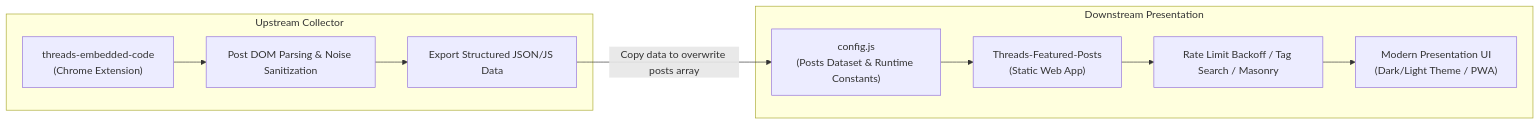
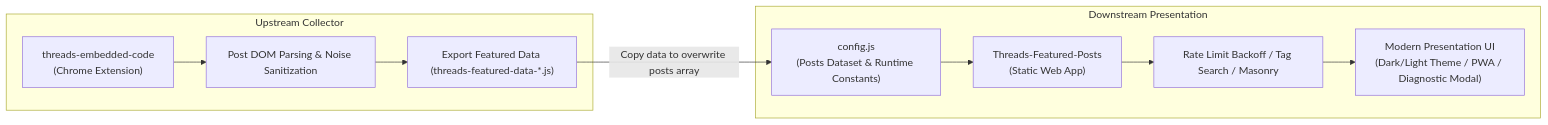
One commit to Scorpio-meow/Threads-Featured-Posts changed the first of 3 diagrams in README_EN.md. Above: the diagram before and after it, drawn with Mermaid. The commit also changed other lines of this file and 2 other files, not shown here.

````diff
--- a/README_EN.md
+++ b/README_EN.md
@@ -13,19 +93,19 @@
 ```mermaid
 flowchart LR
     subgraph Upstream ["Upstream Collector"]
         Collector["threads-embedded-code\n(Chrome Extension)"]
         Parser["Post DOM Parsing & Noise Sanitization"]
-        Export["Export Structured JSON/JS Data"]
+        Export["Export Featured Data (threads-featured-data-*.js)"]
         Collector --> Parser --> Export
     end
 
     subgraph Downstream ["Downstream Presentation"]
         Config["config.js\n(Posts Dataset & Runtime Constants)"]
         Viewer["Threads-Featured-Posts\n(Static Web App)"]
         Engine["Rate Limit Backoff / Tag Search / Masonry"]
-        UI["Modern Presentation UI\n(Dark/Light Theme / PWA)"]
+        UI["Modern Presentation UI\n(Dark/Light Theme / PWA / Diagnostic Modal)"]
         Config --> Viewer --> Engine --> UI
     end
 
     Export -- "Copy data to overwrite posts array" --> Config
 ```
````
